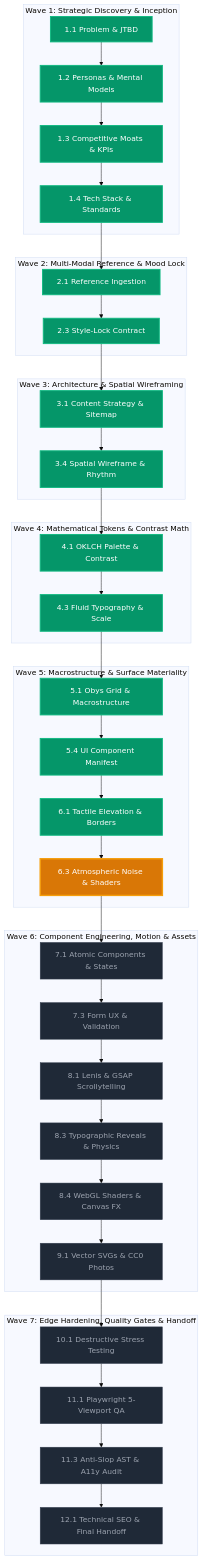
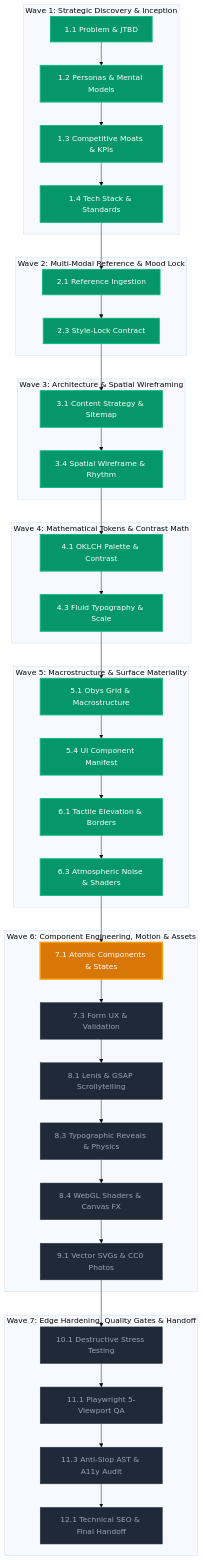
The diagram in docs/DESIGN_MAP.mermaid (atinek-182/Vidya-Dham-Academy), drawn with Mermaid (base theme) before and after one commit. The commit also changed 5 other files, not shown here.

````diff
--- a/docs/DESIGN_MAP.mermaid
+++ b/docs/DESIGN_MAP.mermaid
@@ -1,51 +1,51 @@
 ```mermaid
 graph TD
   subgraph WAVE_1 ["Wave 1: Strategic Discovery & Inception"]
     P1_1["1.1 Problem & JTBD"]:::completed --> P1_2["1.2 Personas & Mental Models"]:::completed
     P1_2 --> P1_3["1.3 Competitive Moats & KPIs"]:::completed
     P1_3 --> P1_4["1.4 Tech Stack & Standards"]:::completed
   end
 
   subgraph WAVE_2 ["Wave 2: Multi-Modal Reference & Mood Lock"]
     P2_1["2.1 Reference Ingestion"]:::completed --> P2_3["2.3 Style-Lock Contract"]:::completed
   end
 
   subgraph WAVE_3 ["Wave 3: Architecture & Spatial Wireframing"]
     P3_1["3.1 Content Strategy & Sitemap"]:::completed --> P3_4["3.4 Spatial Wireframe & Rhythm"]:::completed
   end
 
   subgraph WAVE_4 ["Wave 4: Mathematical Tokens & Contrast Math"]
     P4_1["4.1 OKLCH Palette & Contrast"]:::completed --> P4_3["4.3 Fluid Typography & Scale"]:::completed
   end
 
   subgraph WAVE_5 ["Wave 5: Macrostructure & Surface Materiality"]
     P5_1["5.1 Obys Grid & Macrostructure"]:::completed --> P5_4["5.4 UI Component Manifest"]:::completed
     P5_4 --> P6_1["6.1 Tactile Elevation & Borders"]:::completed
-    P6_1 --> P6_3["6.3 Atmospheric Noise & Shaders"]:::active
+    P6_1 --> P6_3["6.3 Atmospheric Noise & Shaders"]:::completed
   end
 
   subgraph WAVE_6 ["Wave 6: Component Engineering, Motion & Assets"]
-    P7_1["7.1 Atomic Components & States"]:::pending --> P7_3["7.3 Form UX & Validation"]:::pending
+    P7_1["7.1 Atomic Components & States"]:::active --> P7_3["7.3 Form UX & Validation"]:::pending
     P7_3 --> P8_1["8.1 Lenis & GSAP Scrollytelling"]:::pending
     P8_1 --> P8_3["8.3 Typographic Reveals & Physics"]:::pending
     P8_3 --> P8_4["8.4 WebGL Shaders & Canvas FX"]:::pending
     P8_4 --> P9_1["9.1 Vector SVGs & CC0 Photos"]:::pending
   end
 
   subgraph WAVE_7 ["Wave 7: Edge Hardening, Quality Gates & Handoff"]
     P10_1["10.1 Destructive Stress Testing"]:::pending --> P11_1["11.1 Playwright 5-Viewport QA"]:::pending
     P11_1 --> P11_3["11.3 Anti-Slop AST & A11y Audit"]:::pending
     P11_3 --> P12_1["12.1 Technical SEO & Final Handoff"]:::pending
   end
 
   P1_4 --> P2_1
   P2_3 --> P3_1
   P3_4 --> P4_1
   P4_3 --> P5_1
   P6_3 --> P7_1
   P9_1 --> P10_1
 
   classDef completed fill:#059669,stroke:#10b981,color:#ffffff,stroke-width:2px;
   classDef active fill:#d97706,stroke:#f59e0b,color:#ffffff,stroke-width:3px;
   classDef pending fill:#1f2937,stroke:#374151,color:#9ca3af,stroke-width:1px;
 ```
````
